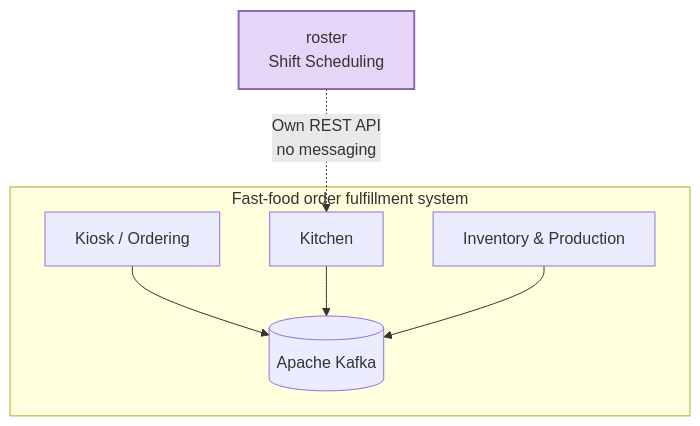
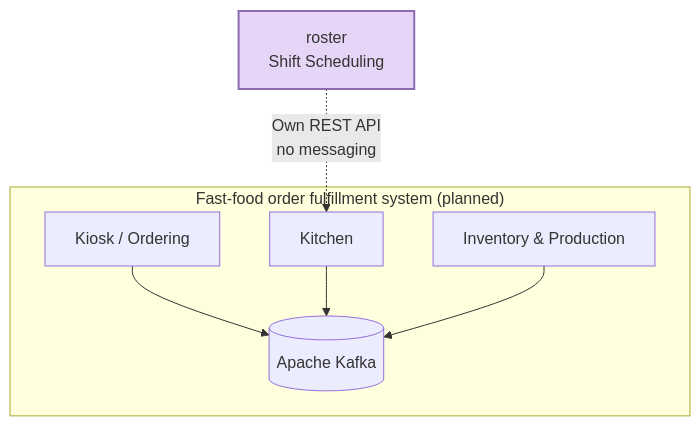
Before and after one commit to fabianoic/roster: the first of 5 diagrams in README.md, drawn with Mermaid. The commit also changed other lines of this file, not shown here.

````diff
--- a/README.md
+++ b/README.md
@@ -28,16 +50,16 @@
 ```mermaid
 graph TD
-    subgraph Ecosystem["Fast-food order fulfillment system"]
+    subgraph Ecosystem["Fast-food order fulfillment system (planned)"]
         Kiosk["Kiosk / Ordering"]
         Kitchen["Kitchen"]
         Inventory["Inventory & Production"]
         Kafka[("Apache Kafka")]
         Kiosk --> Kafka
         Kitchen --> Kafka
         Inventory --> Kafka
     end
     Roster["roster<br/>Shift Scheduling"]
     Roster -. "Own REST API<br/>no messaging" .-> Kitchen
 
     style Roster fill:#e6d5f7,stroke:#8d6bb0,stroke-width:2px
 ```
````
